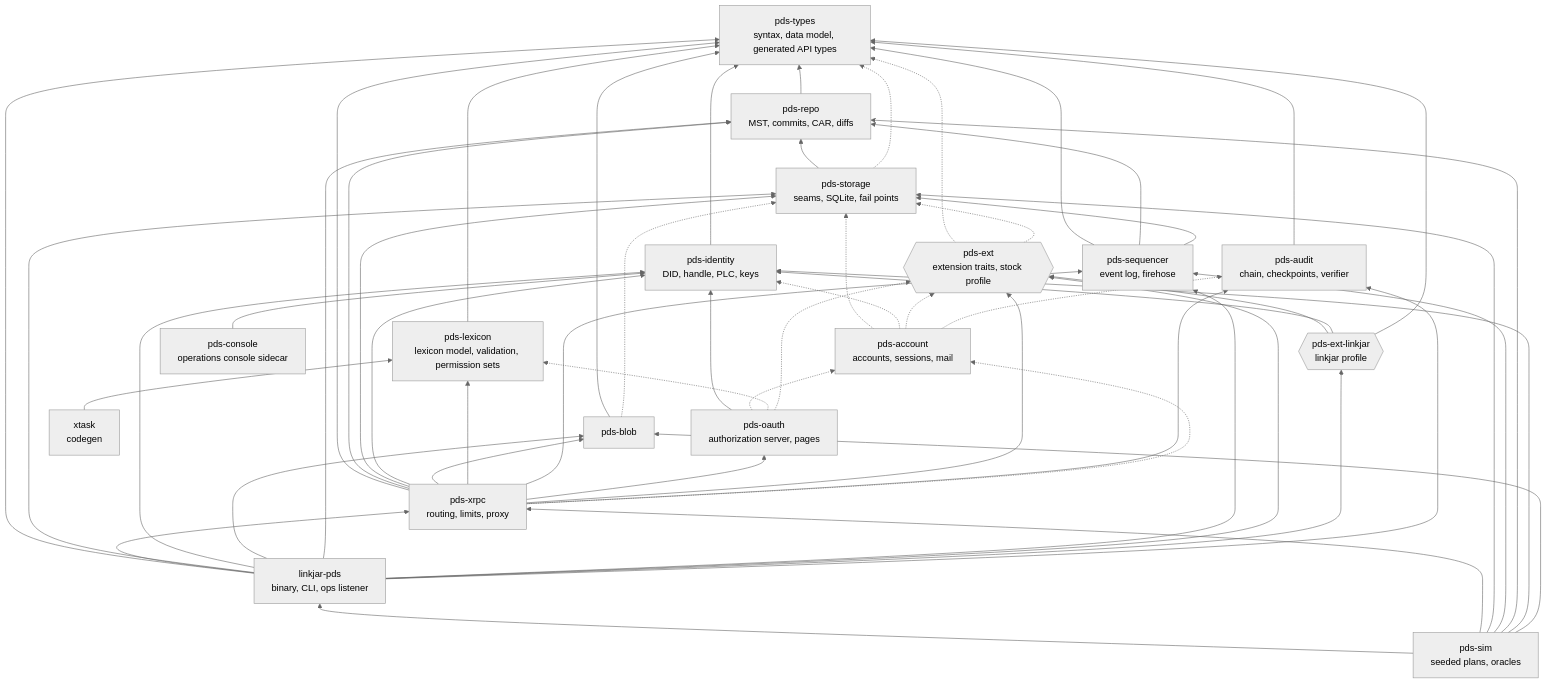
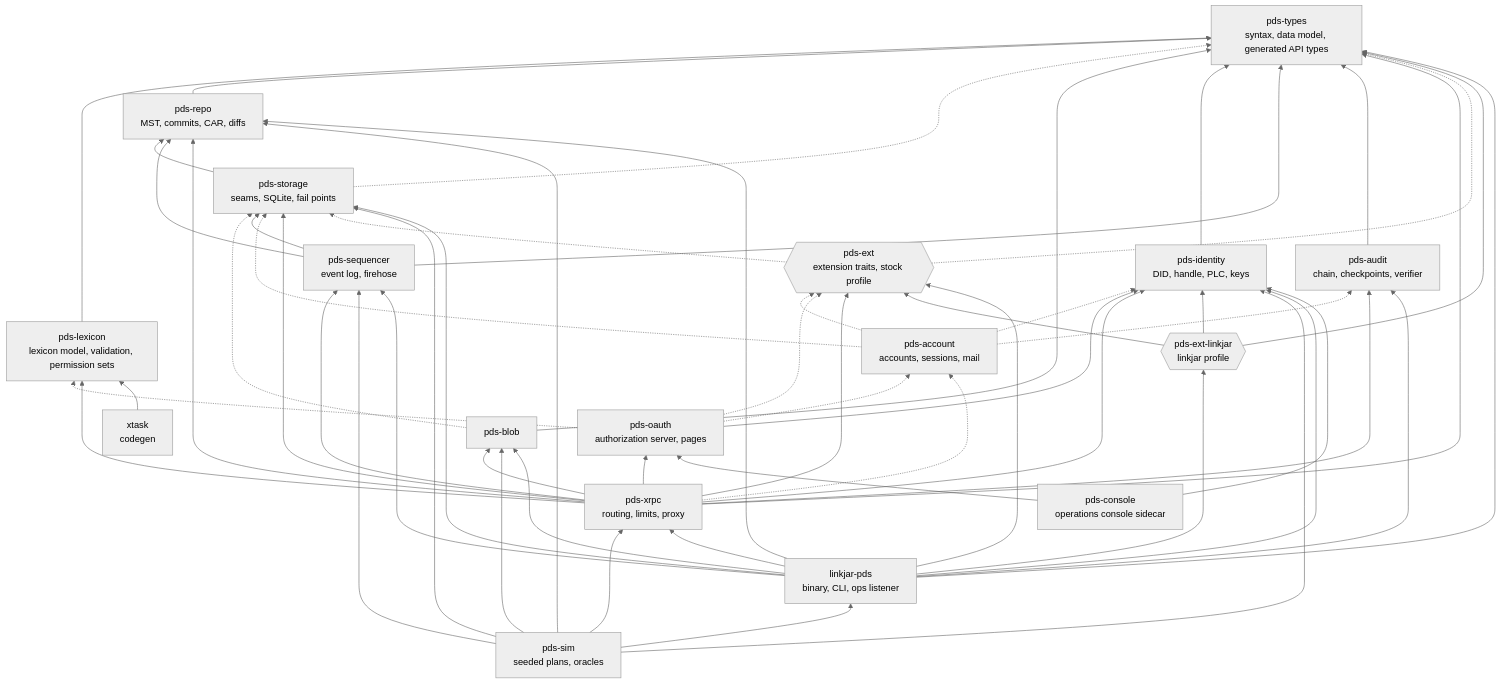
One commit to linkjar/pds changed the diagram in docs/architecture/diagrams/03-crates.mmd. Above: the diagram before and after it, drawn with Mermaid (neutral theme). The commit also changed 27 other files, not shown here.

```diff
--- a/docs/architecture/diagrams/03-crates.mmd
+++ b/docs/architecture/diagrams/03-crates.mmd
@@ -1,38 +1,38 @@
 flowchart BT
   types[pds-types<br/>syntax, data model, generated API types]
   lexicon[pds-lexicon<br/>lexicon model, validation, permission sets]
   repo[pds-repo<br/>MST, commits, CAR, diffs]
   storage[pds-storage<br/>seams, SQLite, fail points]
   blob[pds-blob]
   identity[pds-identity<br/>DID, handle, PLC, keys]
   sequencer[pds-sequencer<br/>event log, firehose]
   account[pds-account<br/>accounts, sessions, mail]
   oauth[pds-oauth<br/>authorization server, pages]
   audit[pds-audit<br/>chain, checkpoints, verifier]
   xrpc[pds-xrpc<br/>routing, limits, proxy]
   ext{{pds-ext<br/>extension traits, stock profile}}
   linkjar{{pds-ext-linkjar<br/>linkjar profile}}
   sim[pds-sim<br/>seeded plans, oracles]
   bin[linkjar-pds<br/>binary, CLI, ops listener]
   xtask[xtask<br/>codegen]
   console[pds-console<br/>operations console sidecar]
   lexicon --> types
   repo --> types
   storage --> repo
   storage -.-> types
   blob --> types
   blob -.-> storage
   identity --> types
   sequencer --> types & repo & storage
   account -.-> storage & identity & ext & audit
   oauth --> identity
   oauth -.-> account & lexicon & ext
   audit --> types
   xrpc --> types & repo & storage & identity & blob & lexicon & sequencer & oauth & ext & audit
   xrpc -.-> account
   ext -.-> types & storage
   linkjar --> ext & identity & types
   sim --> bin & xrpc & storage & sequencer & repo & identity & blob
   bin --> types & xrpc & storage & identity & blob & repo & sequencer & ext & linkjar & audit
   xtask --> lexicon
-  console --> identity
+  console --> identity & oauth
```
